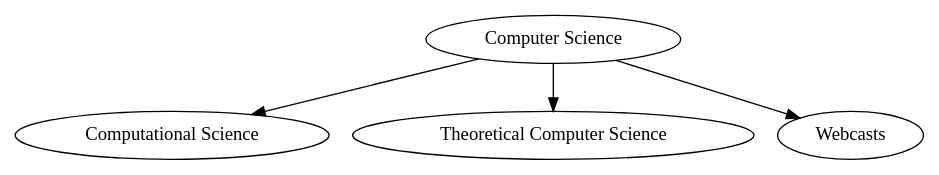
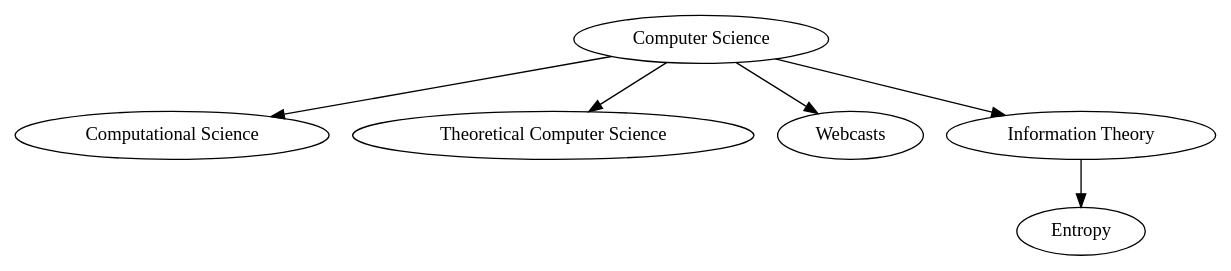
The diagram in wiki_cs.gv (vinodkd/read_wiki_cs), drawn with Graphviz before and after one commit.

Commit message:
read info thy and entropy page

```diff
--- a/wiki_cs.gv
+++ b/wiki_cs.gv
@@ -1,10 +1,14 @@
 digraph CS{
 	computer_science[label="Computer Science",url="http://en.wikipedia.org/wiki/Computer_science"]
 	computational_science[label="Computational Science",url="http://en.wikipedia.org/wiki/Computational_science"]
 	theoretical_computer_science[label="Theoretical Computer Science",url="http://en.wikipedia.org/wiki/Theoretical_computer_science"]
 	webcasts[label="Webcasts", url="http://www.lecturefox.com/computerscience/"]
+	info_theory[label="Information Theory",url="http://en.wikipedia.org/wiki/Information_theory"]
+	entropy[label="Entropy", url="http://en.wikipedia.org/wiki/Entropy_(information_theory)"]	
 
 	computer_science -> computational_science //rich; come back to this later.
 	computer_science -> theoretical_computer_science
 	computer_science -> webcasts // i goofed off today :)
+	computer_science -> info_theory // didnt understand the math in this page and the next at all. read again.
+	info_theory -> entropy
 }
```
